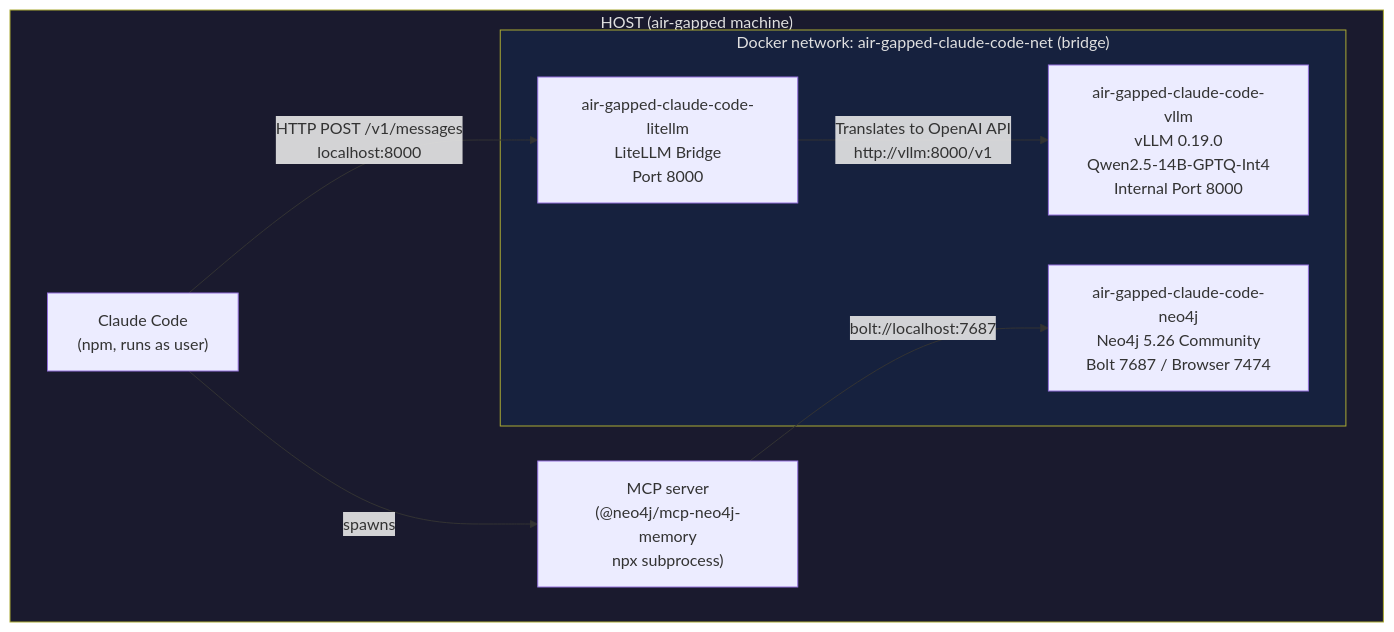
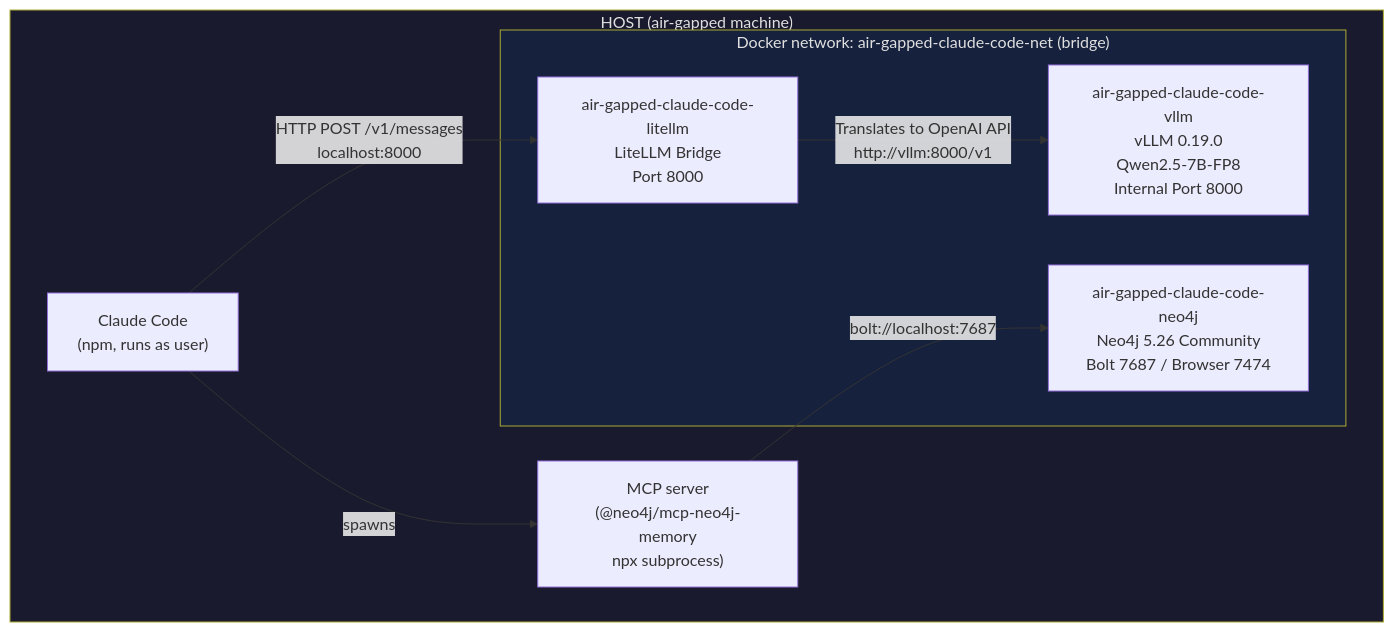
One commit to maximemacron/p-air-gapped-claude-code changed the diagram in README.md. Above: the diagram before and after it, drawn with Mermaid. The commit also changed other lines of this file and 4 other files, not shown here.

````diff
--- a/README.md
+++ b/README.md
@@ -13,21 +13,21 @@
 ```mermaid
 graph TD
     subgraph HOST ["HOST (air-gapped machine)"]
         CC["Claude Code\n(npm, runs as user)"]
         MCP["MCP server\n(@neo4j/mcp-neo4j-memory\nnpx subprocess)"]
 
         subgraph DOCKER ["Docker network: air-gapped-claude-code-net (bridge)"]
             LITE["air-gapped-claude-code-litellm\nLiteLLM Bridge\nPort 8000"]
-            VLLM["air-gapped-claude-code-vllm\nvLLM 0.19.0\nQwen2.5-14B-GPTQ-Int4\nInternal Port 8000"]
+            VLLM["air-gapped-claude-code-vllm\nvLLM 0.19.0\nQwen2.5-7B-FP8\nInternal Port 8000"]
             NEO["air-gapped-claude-code-neo4j\nNeo4j 5.26 Community\nBolt 7687 / Browser 7474"]
         end
 
         CC -- "HTTP POST /v1/messages\nlocalhost:8000" --> LITE
         LITE -- "Translates to OpenAI API\nhttp://vllm:8000/v1" --> VLLM
         CC -- "spawns" --> MCP
         MCP -- "bolt://localhost:7687" --> NEO
     end
 
     style HOST fill:#1a1a2e,color:#e0e0e0
     style DOCKER fill:#16213e,color:#e0e0e0
 ```
````
